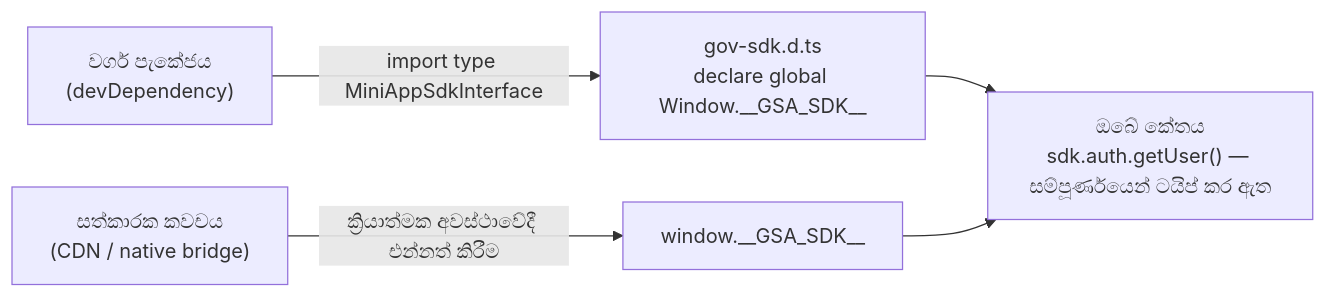
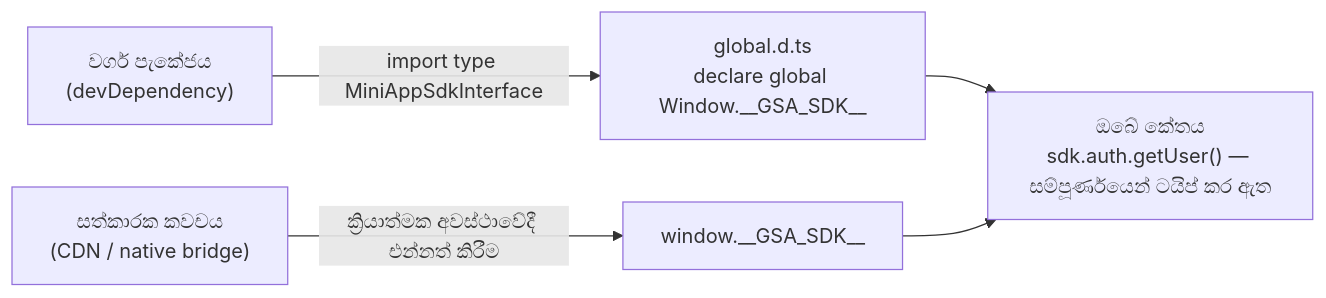
Before and after one commit to lizuzsusil/developer-portal: the diagram in i18n/si/docusaurus-plugin-content-docs/current/getting-started.mdx, drawn with Mermaid. The commit also changed other lines of this file and 9 other files, not shown here.

````diff
--- a/i18n/si/docusaurus-plugin-content-docs/current/getting-started.mdx
+++ b/i18n/si/docusaurus-plugin-content-docs/current/getting-started.mdx
@@ -25,7 +25,7 @@
 ```mermaid
 flowchart LR
-    A["වර්ග පැකේජය<br/>(devDependency)"] -->|"import type MiniAppSdkInterface"| B["gov-sdk.d.ts<br/>declare global Window.__GSA_SDK__"]
+    A["වර්ග පැකේජය<br/>(devDependency)"] -->|"import type MiniAppSdkInterface"| B["global.d.ts<br/>declare global Window.__GSA_SDK__"]
     B --> C["ඔබේ කේතය<br/>sdk.auth.getUser() — සම්පූර්ණයෙන් ටයිප් කර ඇත"]
     D["සත්කාරක කවචය<br/>(CDN / native bridge)"] -->|"ක්‍රියාත්මක අවස්ථාවේදී එන්නත් කිරීම"| E["window.__GSA_SDK__"]
     E --> C
 ```
````
